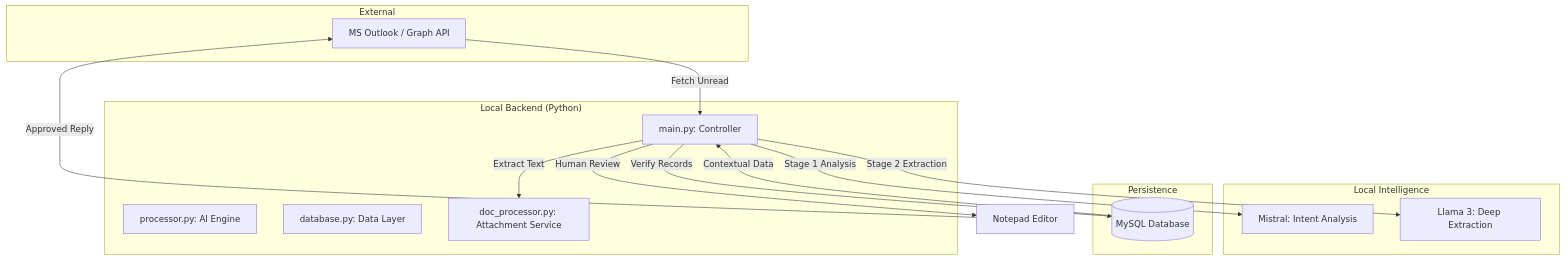
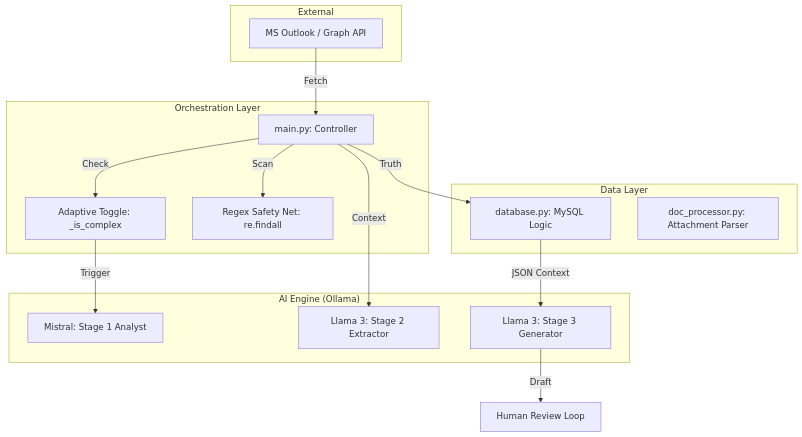
One commit to Smartchronon24/EmailDataExtractor changed the diagram in README.md. Above: the diagram before and after it, drawn with Mermaid. The commit also changed other lines of this file and 4 other files, not shown here.

````diff
--- a/README.md
+++ b/README.md
@@ -28,31 +43,32 @@
 ```mermaid
 graph TD
     subgraph External
         Outlook[MS Outlook / Graph API]
     end
 
-    subgraph "Local Backend (Python)"
+    subgraph "Orchestration Layer"
         Main[main.py: Controller]
-        Processor[processor.py: AI Engine]
-        DB[database.py: Data Layer]
-        Docs[doc_processor.py: Attachment Service]
+        Adapter[Adaptive Toggle: _is_complex]
+        Regex[Regex Safety Net: re.findall]
     end
 
-    subgraph "Local Intelligence"
-        Mistral[Mistral: Intent Analysis]
-        Llama[Llama 3: Deep Extraction]
+    subgraph "AI Engine (Ollama)"
+        Mistral[Mistral: Stage 1 Analyst]
+        Llama[Llama 3: Stage 2 Extractor]
+        Reply[Llama 3: Stage 3 Generator]
     end
 
-    subgraph Persistence
-        MySQL[(MySQL Database)]
+    subgraph "Data Layer"
+        DB[database.py: MySQL Logic]
+        Docs[doc_processor.py: Attachment Parser]
     end
 
-    Outlook -- Fetch Unread --> Main
-    Main -- Extract Text --> Docs
-    Main -- Stage 1 Analysis --> Mistral
-    Main -- Stage 2 Extraction --> Llama
-    Main -- Verify Records --> MySQL
-    MySQL -- Contextual Data --> Main
-    Main -- Human Review --> Notepad[Notepad Editor]
-    Notepad -- Approved Reply --> Outlook
+    Outlook -- Fetch --> Main
+    Main -- Check --> Adapter
+    Adapter -- Trigger --> Mistral
+    Main -- Scan --> Regex
+    Main -- Context --> Llama
+    Main -- Truth --> DB
+    DB -- JSON Context --> Reply
+    Reply -- Draft --> UI[Human Review Loop]
 ```
````
